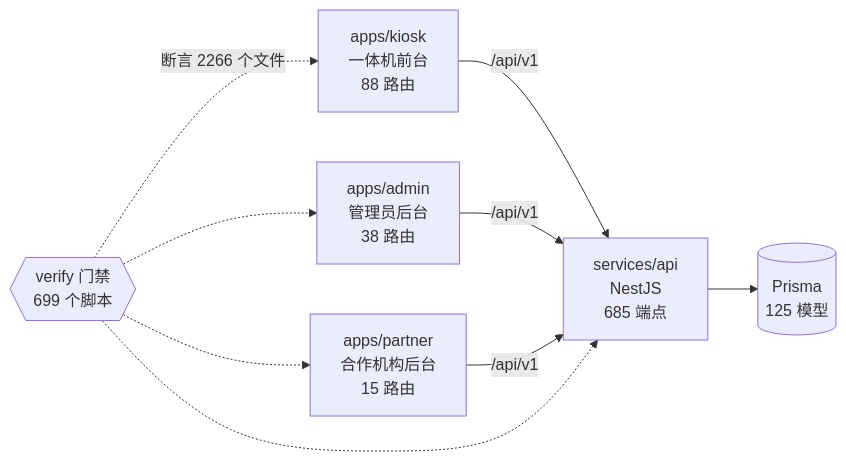
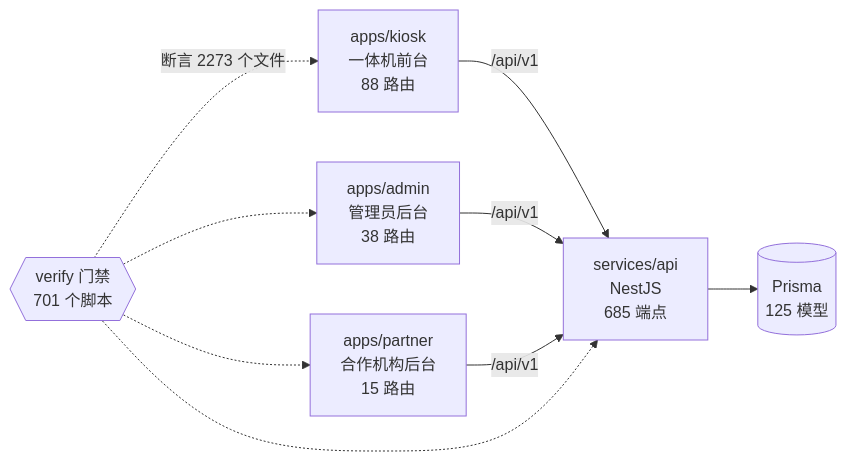
One commit to wanglei581/YITIJI changed the diagram in docs/graph/README.md. Above: the diagram before and after it, drawn with Mermaid. The commit also changed other lines of this file and 4 other files, not shown here.

First line of the commit message:
图谱按开票返工代码重生

````diff
--- a/docs/graph/README.md
+++ b/docs/graph/README.md
@@ -68,18 +68,18 @@
 ```mermaid
 flowchart LR
   kiosk["apps/kiosk<br/>一体机前台<br/>88 路由"]
   admin["apps/admin<br/>管理员后台<br/>38 路由"]
   partner["apps/partner<br/>合作机构后台<br/>15 路由"]
   api["services/api<br/>NestJS<br/>685 端点"]
   db[("Prisma<br/>125 模型")]
-  gates{{"verify 门禁<br/>699 个脚本"}}
+  gates{{"verify 门禁<br/>701 个脚本"}}
 
   kiosk -->|"/api/v1"| api
   admin -->|"/api/v1"| api
   partner -->|"/api/v1"| api
   api --> db
-  gates -.->|"断言 2266 个文件"| kiosk
+  gates -.->|"断言 2273 个文件"| kiosk
   gates -.-> admin
   gates -.-> partner
   gates -.-> api
 ```
````
